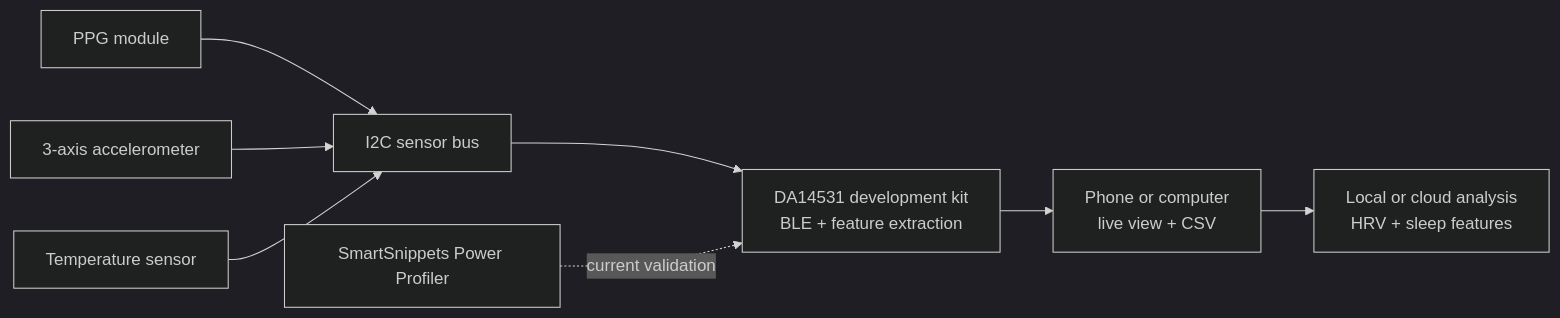
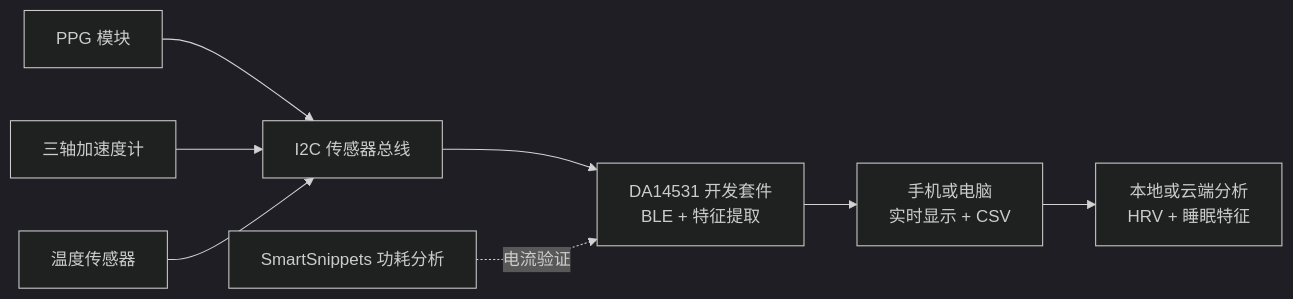
Before and after one commit to wei-ei-ei/da14531-sleep-evaluation-platform: the diagram in README.md, drawn with Mermaid (dark theme). The commit also changed other lines of this file and 4 other files, not shown here.

````diff
--- a/README.md
+++ b/README.md
@@ -19,10 +21,10 @@
 ```mermaid
 flowchart LR
-    PPG["PPG module"] --> BUS["I2C sensor bus"]
-    IMU["3-axis accelerometer"] --> BUS
-    TEMP["Temperature sensor"] --> BUS
-    BUS --> MCU["DA14531 development kit\nBLE + feature extraction"]
-    MCU --> HOST["Phone or computer\nlive view + CSV"]
-    HOST --> ANALYSIS["Local or cloud analysis\nHRV + sleep features"]
-    PROFILER["SmartSnippets Power Profiler"] -. current validation .-> MCU
+    PPG["PPG 模块"] --> BUS["I2C 传感器总线"]
+    IMU["三轴加速度计"] --> BUS
+    TEMP["温度传感器"] --> BUS
+    BUS --> MCU["DA14531 开发套件\nBLE + 特征提取"]
+    MCU --> HOST["手机或电脑\n实时显示 + CSV"]
+    HOST --> ANALYSIS["本地或云端分析\nHRV + 睡眠特征"]
+    PROFILER["SmartSnippets 功耗分析"] -. 电流验证 .-> MCU
 ```
````
